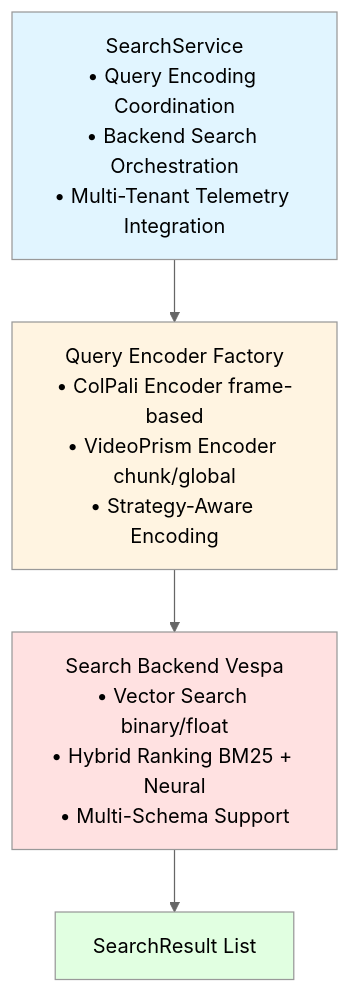
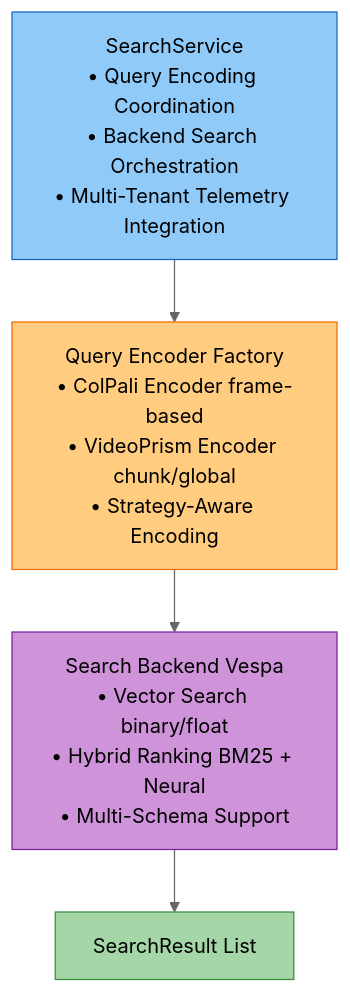
The first of 3 diagrams in docs/modules/search-reranking.md (amit-jain/cogniverse), drawn with Mermaid (neutral theme) before and after one commit. The commit also changed other lines of this file and 83 other files, not shown here.

First line of the commit message:
Fix documentation veracity, formatting, and diagrams across all modules

````diff
--- a/docs/modules/search-reranking.md
+++ b/docs/modules/search-reranking.md
@@ -50,15 +51,15 @@
 ```mermaid
-graph TB
-    SearchService[SearchService<br/>• Query Encoding Coordination<br/>• Backend Search Orchestration<br/>• Multi-Tenant Telemetry Integration]
+flowchart TB
+    SearchService["<span style='color:#000'>SearchService<br/>• Query Encoding Coordination<br/>• Backend Search Orchestration<br/>• Multi-Tenant Telemetry Integration</span>"]
 
-    SearchService --> EncoderFactory[Query Encoder Factory<br/>• ColPali Encoder frame-based<br/>• VideoPrism Encoder chunk/global<br/>• Strategy-Aware Encoding]
+    SearchService --> EncoderFactory["<span style='color:#000'>Query Encoder Factory<br/>• ColPali Encoder frame-based<br/>• VideoPrism Encoder chunk/global<br/>• Strategy-Aware Encoding</span>"]
 
-    EncoderFactory --> Backend[Search Backend Vespa<br/>• Vector Search binary/float<br/>• Hybrid Ranking BM25 + Neural<br/>• Multi-Schema Support]
+    EncoderFactory --> Backend["<span style='color:#000'>Search Backend Vespa<br/>• Vector Search binary/float<br/>• Hybrid Ranking BM25 + Neural<br/>• Multi-Schema Support</span>"]
 
-    Backend --> Results[SearchResult List]
+    Backend --> Results["<span style='color:#000'>SearchResult List</span>"]
 
-    style SearchService fill:#e1f5ff
-    style EncoderFactory fill:#fff4e1
-    style Backend fill:#ffe1e1
-    style Results fill:#e1ffe1
+    style SearchService fill:#90caf9,stroke:#1565c0,color:#000
+    style EncoderFactory fill:#ffcc80,stroke:#ef6c00,color:#000
+    style Backend fill:#ce93d8,stroke:#7b1fa2,color:#000
+    style Results fill:#a5d6a7,stroke:#388e3c,color:#000
 ```
````
